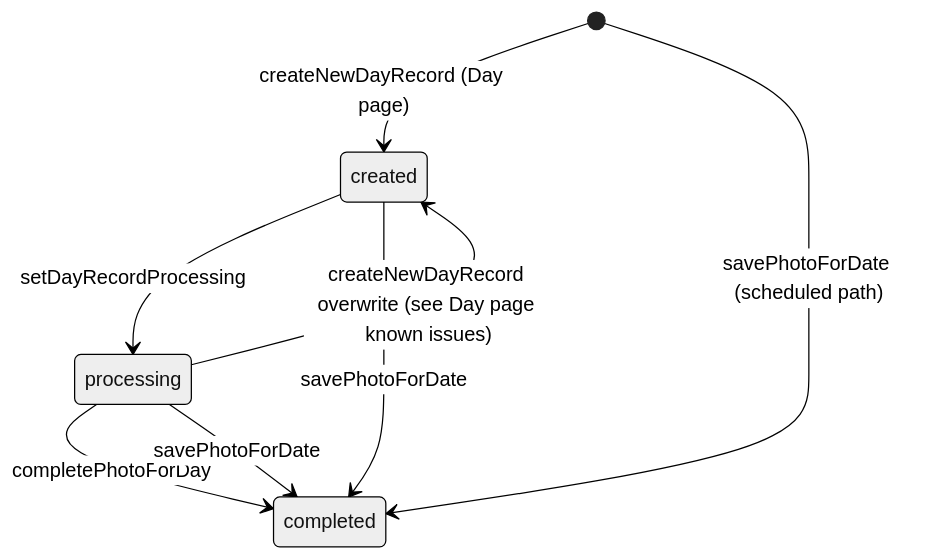
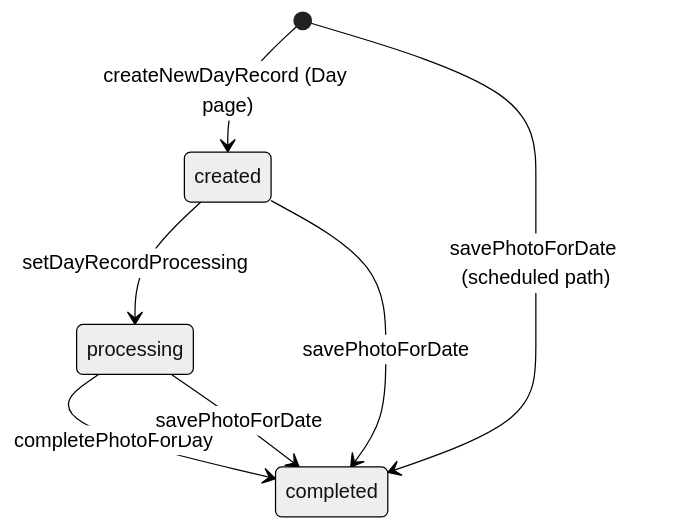
Before and after one commit to abraham/daily-cat: the diagram in specs/day-assignment.md, drawn with Mermaid (neutral theme). The commit also changed other lines of this file and 14 other files, not shown here.

````diff
--- a/specs/day-assignment.md
+++ b/specs/day-assignment.md
@@ -40,10 +40,9 @@
 ```mermaid
 stateDiagram-v2
   [*] --> created: createNewDayRecord (Day page)
   created --> processing: setDayRecordProcessing
   processing --> completed: completePhotoForDay
   [*] --> completed: savePhotoForDate (scheduled path)
   created --> completed: savePhotoForDate
   processing --> completed: savePhotoForDate
-  processing --> created: createNewDayRecord overwrite (see Day page known issues)
 ```
````
